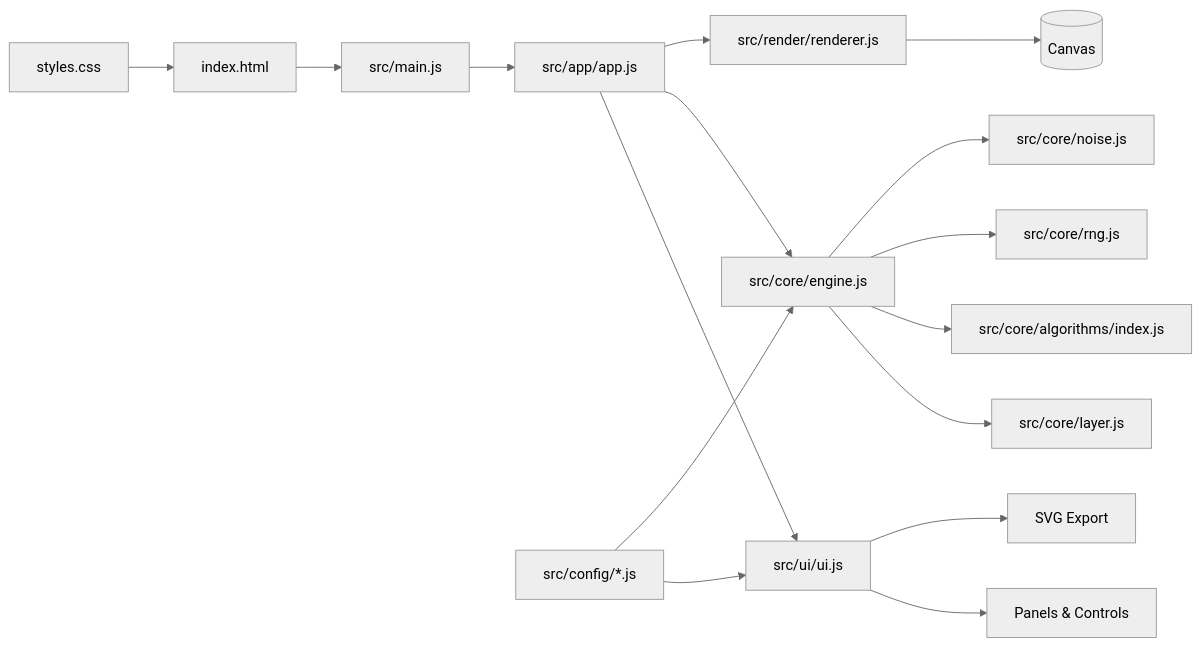
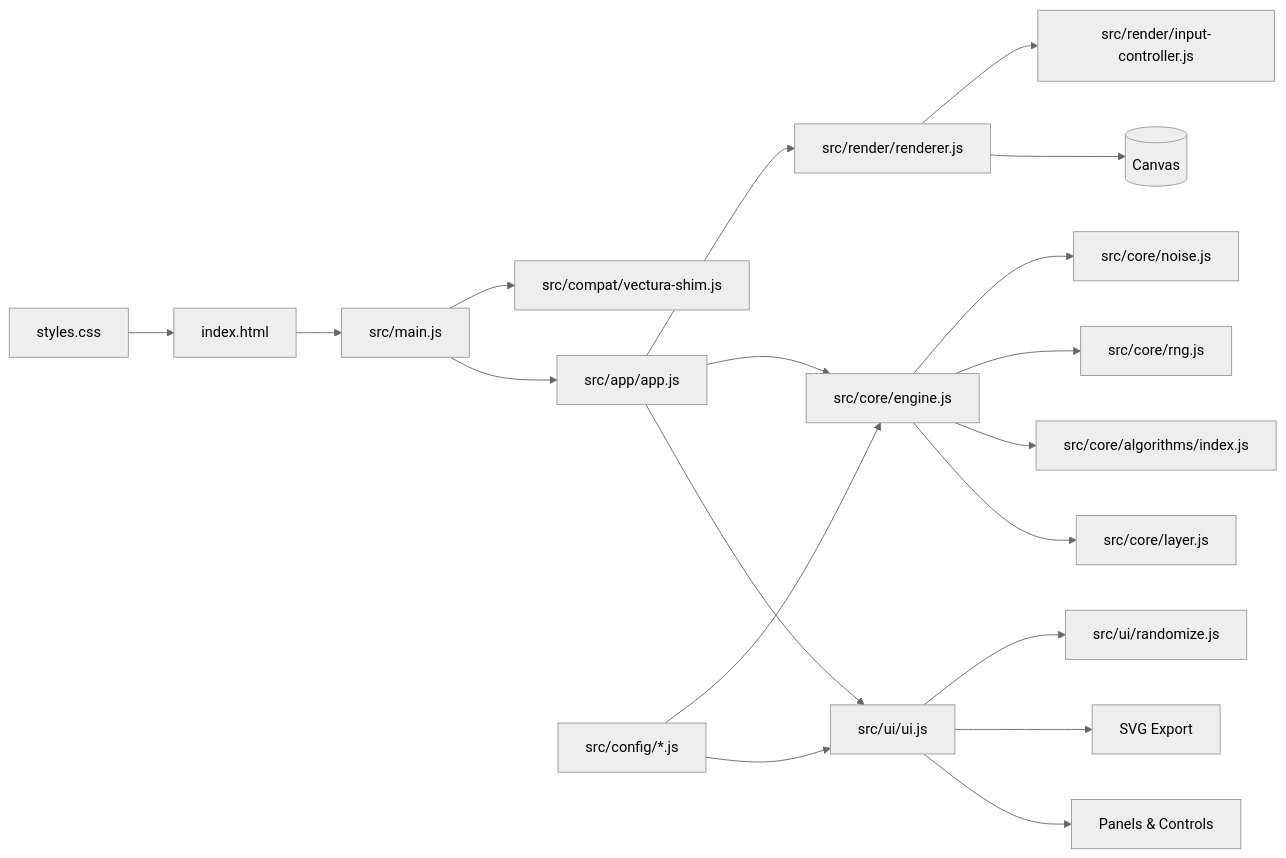
The diagram in README.md (j-phi/vectura-studio), drawn with Mermaid (neutral theme) before and after one commit. The commit also changed other lines of this file and 41 other files, not shown here.

````diff
--- a/README.md
+++ b/README.md
@@ -89,22 +97,26 @@
 ```mermaid
 flowchart LR
   HTML[index.html] --> Main[src/main.js]
   Main --> App[src/app/app.js]
+  Main --> Shim[src/compat/vectura-shim.js]
 
   App --> UI[src/ui/ui.js]
   App --> Engine[src/core/engine.js]
   App --> Renderer[src/render/renderer.js]
 
   UI --> Controls[Panels & Controls]
   UI --> Export[SVG Export]
   Renderer --> Canvas[(Canvas)]
+  Renderer --> Input[src/render/input-controller.js]
 
   Engine --> Layer[src/core/layer.js]
   Engine --> Algorithms[src/core/algorithms/index.js]
   Engine --> RNG[src/core/rng.js]
   Engine --> Noise[src/core/noise.js]
 
+  UI --> Randomize[src/ui/randomize.js]
+
   Config[src/config/*.js] --> UI
   Config --> Engine
   Styles[styles.css] --> HTML
 ```
````
